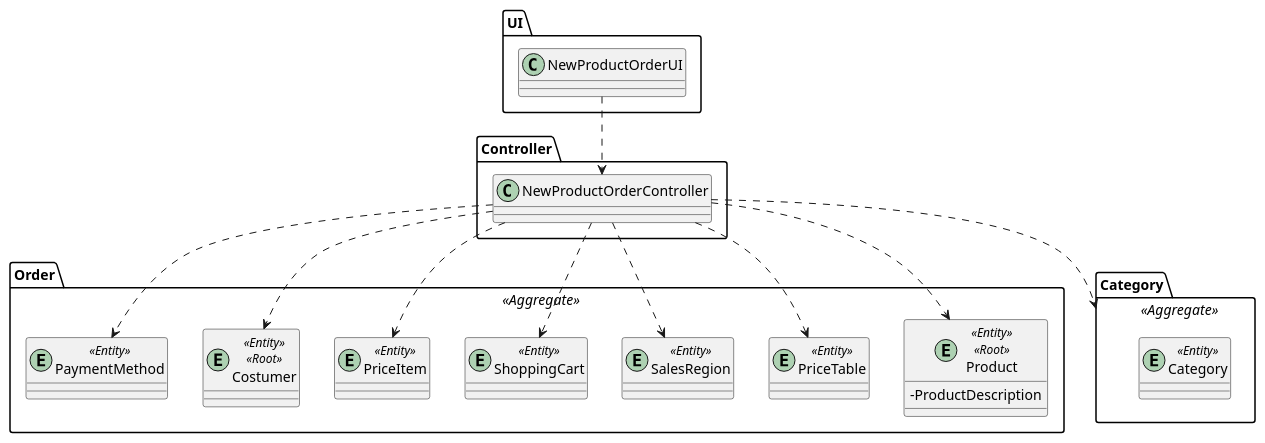
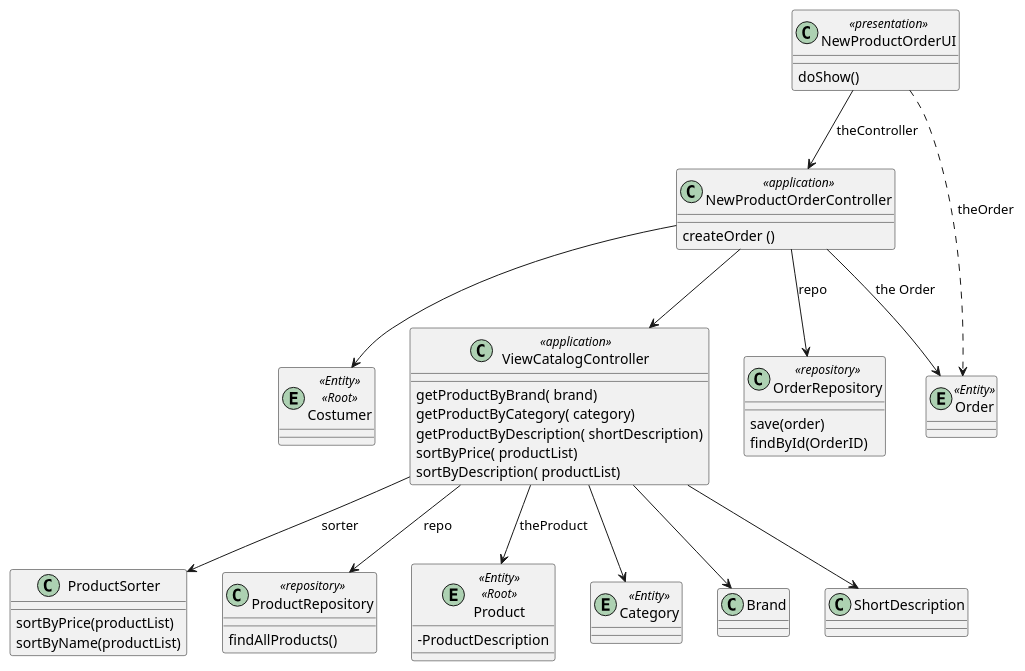
Before and after one commit to marttuga/LAPR4-SmartSystems: the diagram in docs/Sprint2/US1004/US1004_CD.puml, drawn with PlantUML. The commit also changed 11 other files, not shown here.

```diff
--- a/docs/Sprint2/US1004/US1004_CD.puml
+++ b/docs/Sprint2/US1004/US1004_CD.puml
@@ -1,44 +1,57 @@
 @startuml
 skinparam classAttributeIconSize 0
 
-package UI {
-class NewProductOrderUI {
-}
-}
 
-package Controller{
-class NewProductOrderController {
+class NewProductOrderUI <<presentation>>
 
-}
-}
 
-package Order <<Aggregate>>{
+class NewProductOrderController <<application>>
+class OrderRepository <<repository>>
+class ViewCatalogController <<application>>
+
+class ProductSorter
+class ProductRepository <<repository>>
+
+entity Order <<Entity>>
+
+
+entity Costumer <<Entity>> <<Root>>
 
 entity Product <<Entity>> <<Root>> {
 - ProductDescription
 }
-entity PriceTable <<Entity>>
-entity SalesRegion <<Entity>>
-entity ShoppingCart <<Entity>>
-entity PriceItem <<Entity>>
-entity Costumer <<Entity>> <<Root>>
-entity PaymentMethod <<Entity>>
-}
+
+    entity Category <<Entity>>
 
 
-package Category <<Aggregate>> {
-    entity Category <<Entity>>
 
-}
 
-NewProductOrderUI ..> NewProductOrderController
-NewProductOrderController ..> Category
-NewProductOrderController ..>PriceTable
-NewProductOrderController ..> Product
-NewProductOrderController ..> SalesRegion
-NewProductOrderController ..> PriceItem
-NewProductOrderController ..> ShoppingCart
-NewProductOrderController ..>Costumer
-NewProductOrderController ..> PaymentMethod
+NewProductOrderController -->Costumer
+NewProductOrderController -->ViewCatalogController
+NewProductOrderUI --> NewProductOrderController : theController
+NewProductOrderUI ..> Order : theOrder
+NewProductOrderUI : doShow()
+NewProductOrderController --> OrderRepository : repo
+NewProductOrderController --> Order : the Order
+NewProductOrderController : createOrder ()
+OrderRepository : save(order)
+OrderRepository : findById(OrderID)
+
+ViewCatalogController --> Category
+ViewCatalogController --> Product: theProduct
+ViewCatalogController -->Brand
+ViewCatalogController -->ShortDescription
+
+ViewCatalogController --> ProductRepository : repo
+ViewCatalogController --> ProductSorter : sorter
+ProductSorter : sortByPrice(productList)
+ProductSorter : sortByName(productList)
+ViewCatalogController : getProductByBrand( brand)
+ViewCatalogController : getProductByCategory( category)
+ViewCatalogController : getProductByDescription( shortDescription)
+ViewCatalogController : sortByPrice( productList)
+ViewCatalogController : sortByDescription( productList)
+
+ProductRepository : findAllProducts()
 
 @enduml
```
